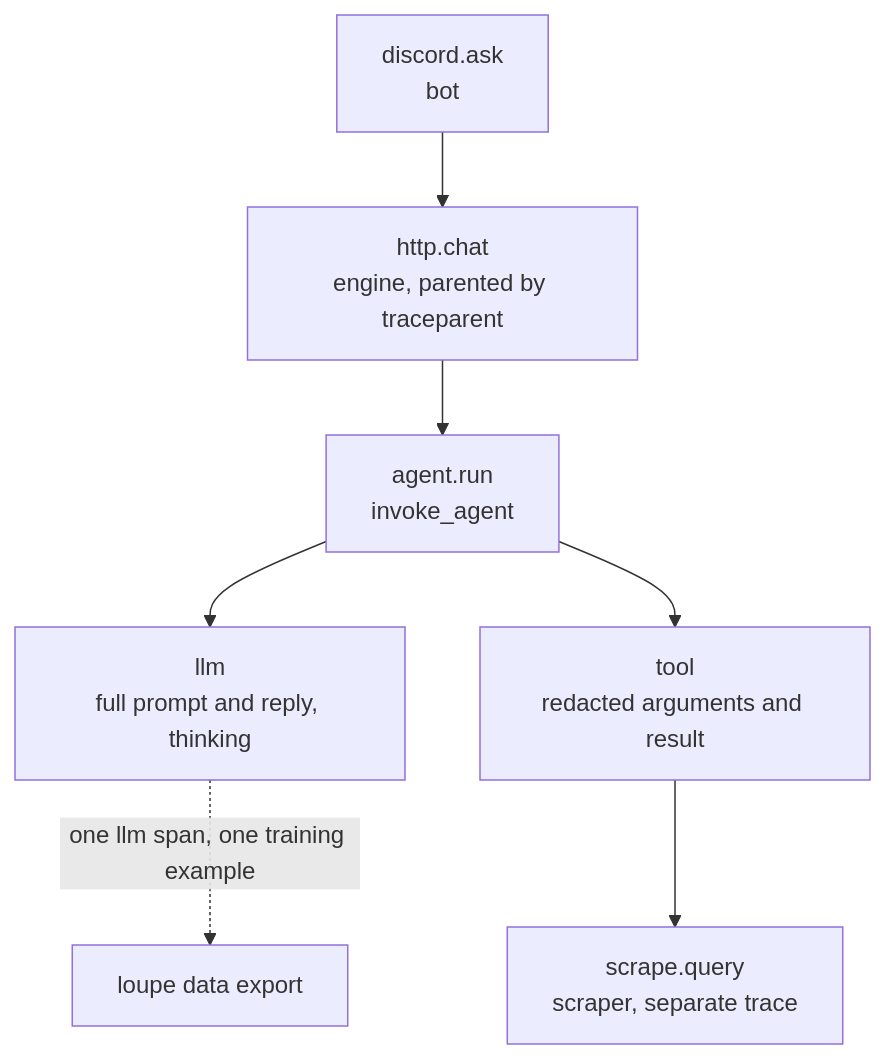
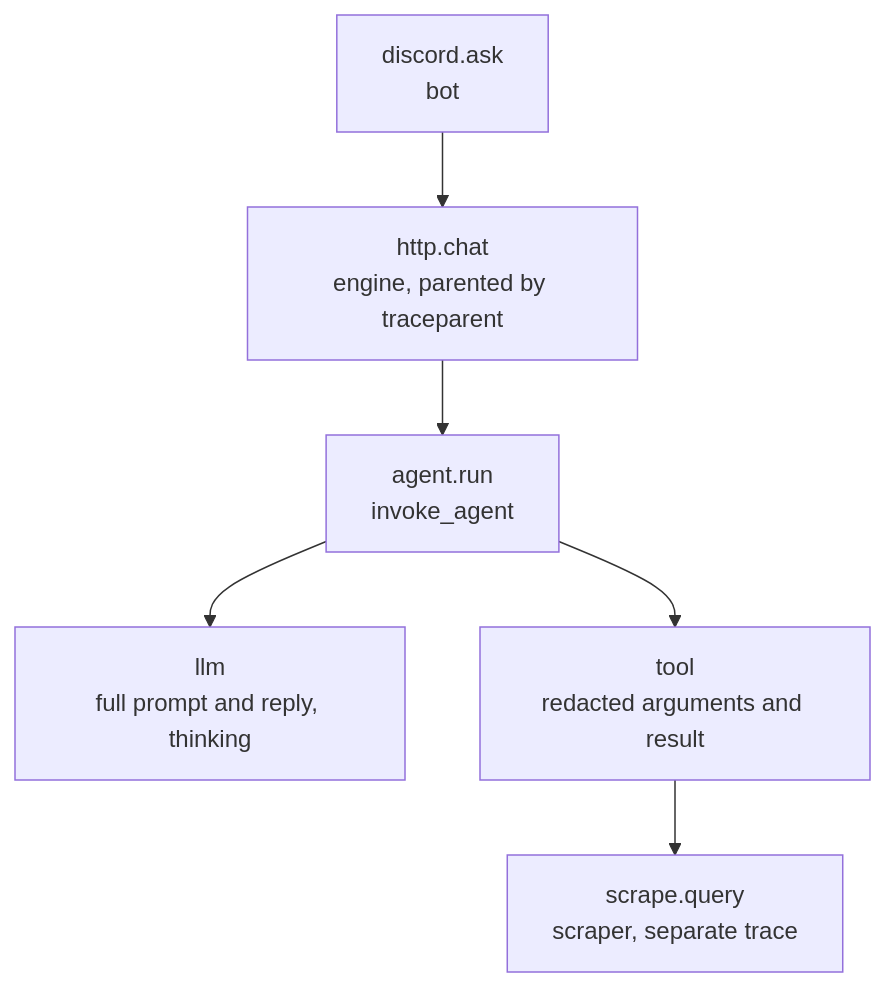
The ninth of 10 diagrams in docs/ARCHITECTURE.md (ashworks1706/SparkyAI), drawn with Mermaid before and after one commit. The commit also changed other lines of this file and 38 other files, not shown here.

````diff
--- a/docs/ARCHITECTURE.md
+++ b/docs/ARCHITECTURE.md
@@ -703,9 +703,8 @@
 ```mermaid
 flowchart TD
     A["discord.ask<br/>bot"] --> B["http.chat<br/>engine, parented by traceparent"]
     B --> C["agent.run<br/>invoke_agent"]
     C --> E["llm<br/>full prompt and reply, thinking"]
     C --> F["tool<br/>redacted arguments and result"]
     F --> G["scrape.query<br/>scraper, separate trace"]
-    E -.->|"one llm span, one training example"| H["loupe data export"]
 ```
````
